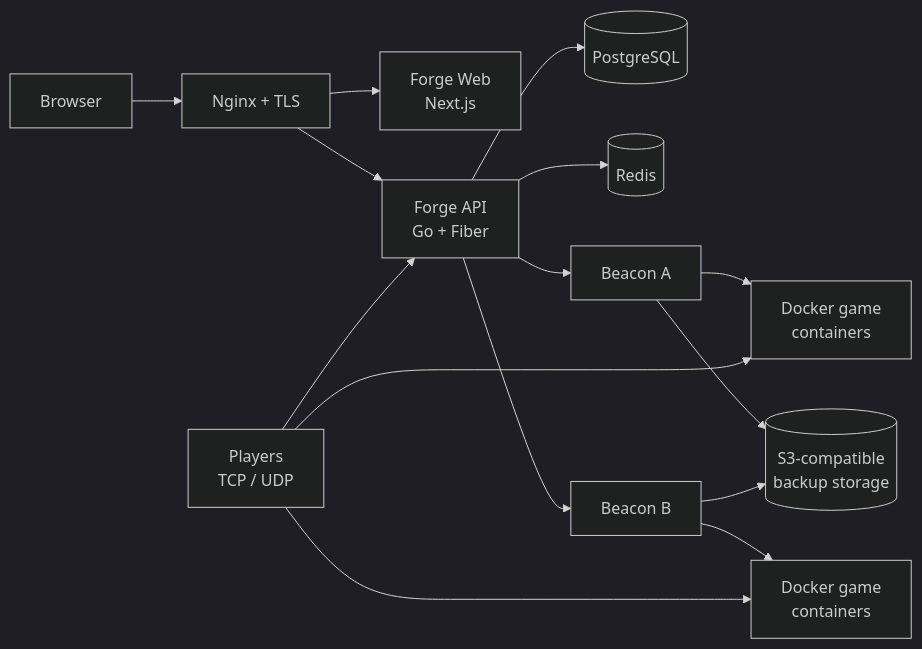
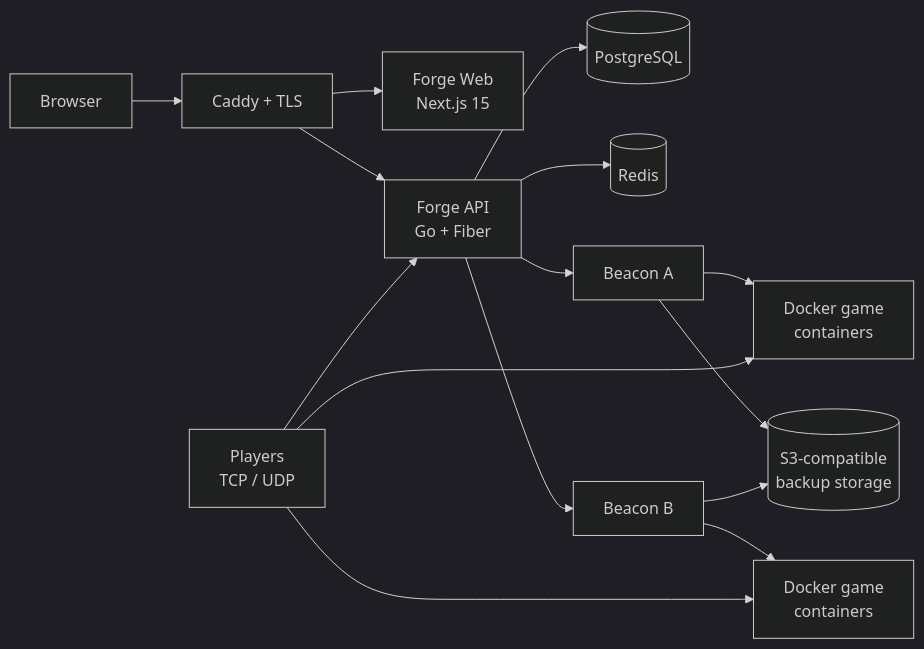
Before and after one commit to ryzenate1/forge-control-plane: the diagram in README.md, drawn with Mermaid (dark theme). The commit also changed other lines of this file and 9 other files, not shown here.

Commit message:
docs: rewrite README with product tour, screenshots and architecture

````diff
--- a/README.md
+++ b/README.md
@@ -58,30 +135,30 @@
 ```mermaid
 flowchart LR
     Player["Players<br/>TCP / UDP"]
     Browser["Browser"]
-    Proxy["Nginx + TLS"]
-    Web["Forge Web<br/>Next.js"]
+    Proxy["Caddy + TLS"]
+    Web["Forge Web<br/>Next.js 15"]
     API["Forge API<br/>Go + Fiber"]
     DB[("PostgreSQL")]
     Cache[("Redis")]
     S3[("S3-compatible<br/>backup storage")]
     BeaconA["Beacon A"]
     BeaconB["Beacon B"]
     GamesA["Docker game<br/>containers"]
     GamesB["Docker game<br/>containers"]
 
     Browser --> Proxy
     Proxy --> Web
     Proxy --> API
     API --> DB
     API --> Cache
     API --> BeaconA
     API --> BeaconB
     BeaconA --> GamesA
     BeaconB --> GamesB
     BeaconA --> S3
     BeaconB --> S3
     Player --> GamesA
     Player --> GamesB
     Player --> API
 ```
````
